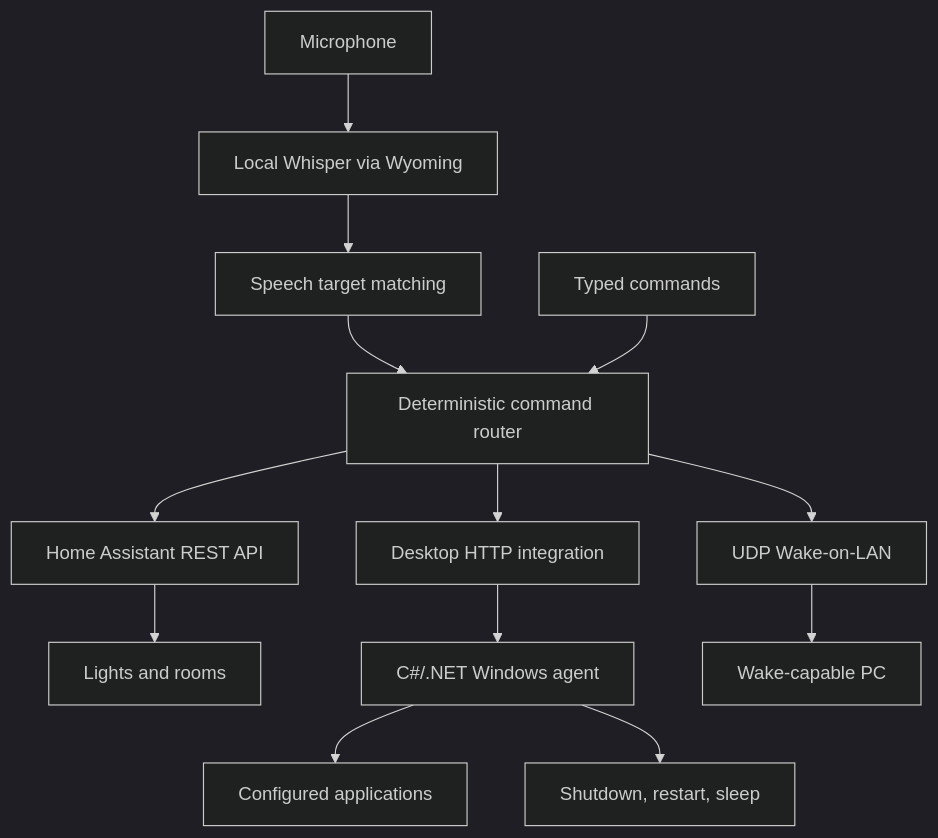
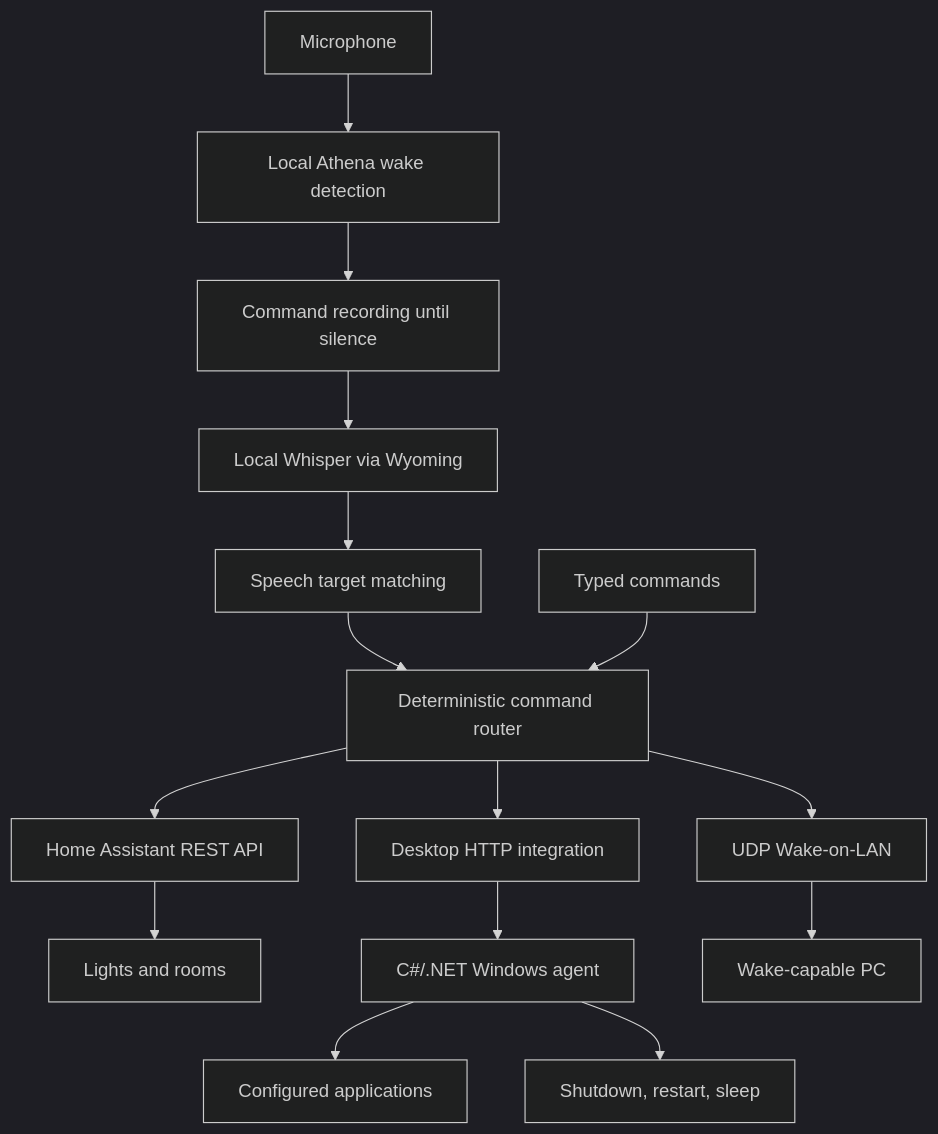
The diagram in readme.md (b-stha/athena), drawn with Mermaid (dark theme) before and after one commit. The commit also changed other lines of this file and 10 other files, not shown here.

Commit message:
add wake-word activation and automatic speech recording

````diff
--- a/readme.md
+++ b/readme.md
@@ -7,15 +7,17 @@
 ```mermaid
 flowchart TD
-    Mic["Microphone"] --> STT["Local Whisper via Wyoming"]
+    Mic["Microphone"] --> Wake["Local Athena wake detection"]
+    Wake --> Capture["Command recording until silence"]
+    Capture --> STT["Local Whisper via Wyoming"]
     STT --> Resolver["Speech target matching"]
     Resolver --> Router["Deterministic command router"]
     Text["Typed commands"] --> Router
     Router --> HA["Home Assistant REST API"]
     Router --> HTTP["Desktop HTTP integration"]
     Router --> WOL["UDP Wake-on-LAN"]
     HA --> Lights["Lights and rooms"]
     HTTP --> Desktop["C#/.NET Windows agent"]
     Desktop --> Apps["Configured applications"]
     Desktop --> Power["Shutdown, restart, sleep"]
     WOL --> PC["Wake-capable PC"]
 ```
````
